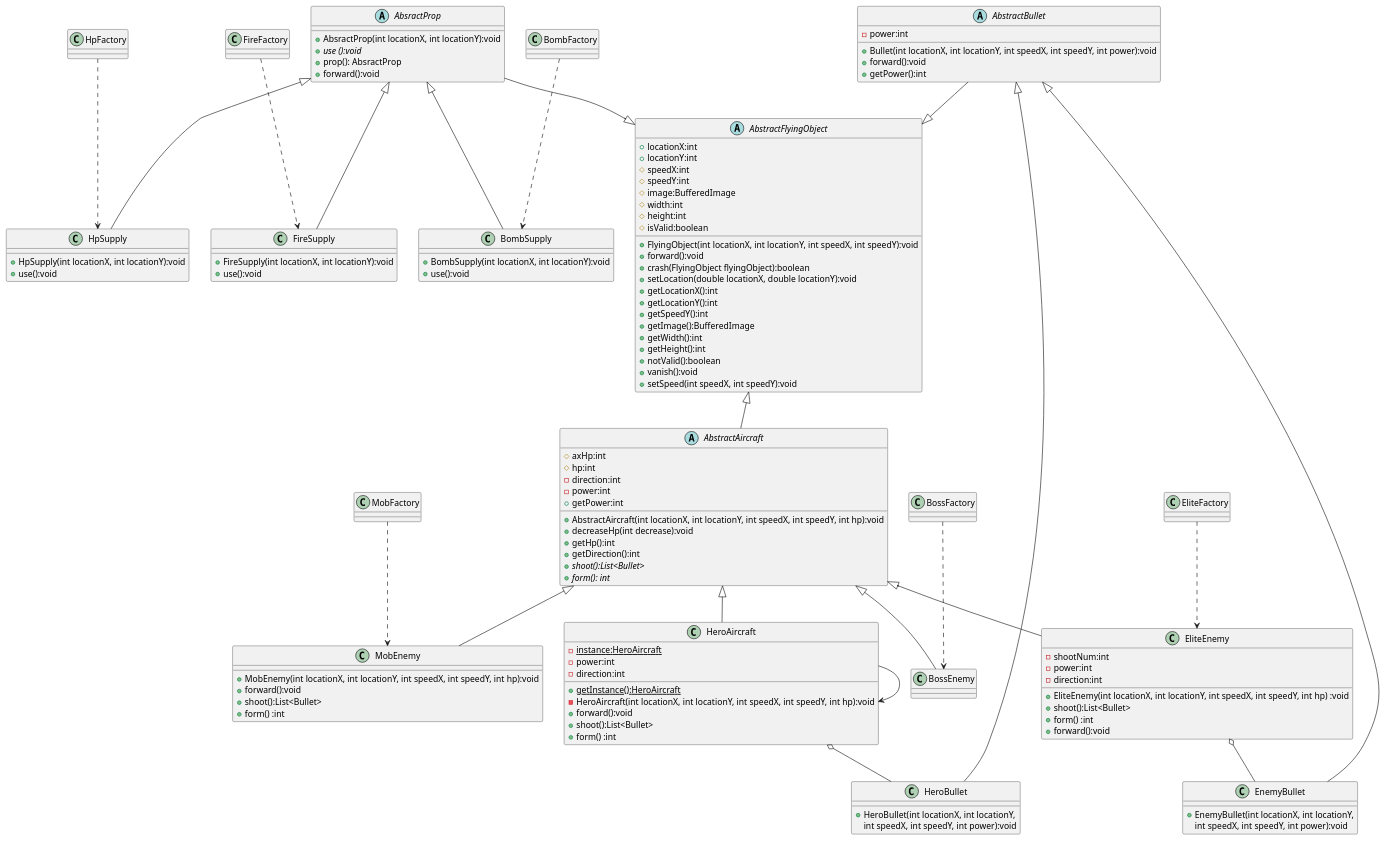
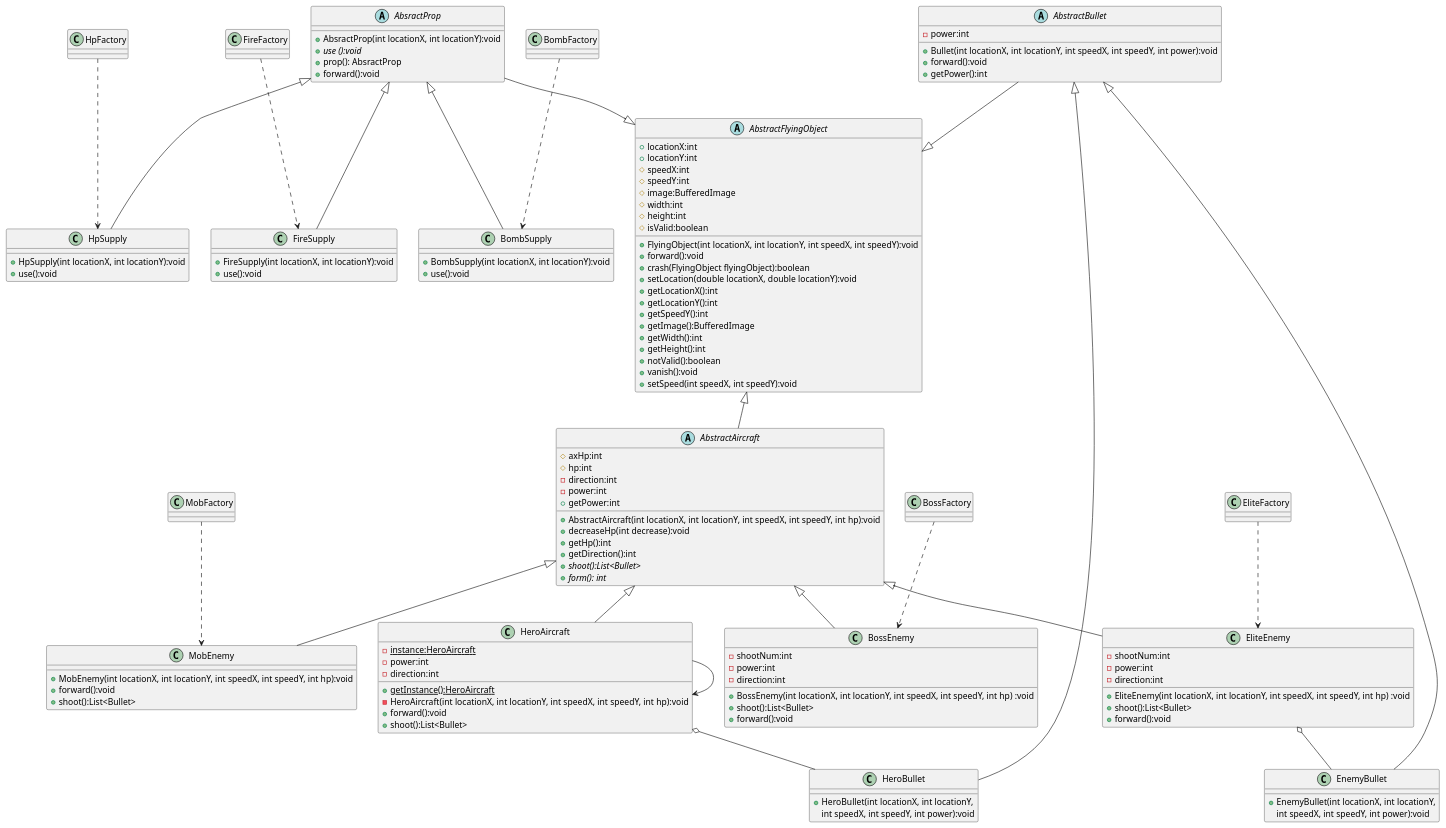
One commit to TheRoad-1210/AircraftWar changed the diagram in uml/Inheritence.puml. Above: the diagram before and after it, drawn with PlantUML. The commit also changed 10 other files, not shown here.

```diff
--- a/uml/Inheritence.puml
+++ b/uml/Inheritence.puml
@@ -1,142 +1,146 @@
 @startuml
 'https://plantuml.com/class-diagram
 
 abstract class AbstractFlyingObject
 {
     + locationX:int
     + locationY:int
     # speedX:int
     # speedY:int
     # image:BufferedImage
     # width:int
     # height:int
     # isValid:boolean
 
     + FlyingObject(int locationX, int locationY, int speedX, int speedY):void
     + forward():void
     + crash(FlyingObject flyingObject):boolean
     + setLocation(double locationX, double locationY):void
     + getLocationX():int
     + getLocationY():int
     + getSpeedY():int
     + getImage():BufferedImage
     + getWidth():int
     + getHeight():int
     + notValid():boolean
     + vanish():void
     + setSpeed(int speedX, int speedY):void
 }
 abstract class AbstractAircraft
 {
 	# axHp:int
     # hp:int
     + AbstractAircraft(int locationX, int locationY, int speedX, int speedY, int hp):void
     + decreaseHp(int decrease):void
     + getHp():int
     - direction:int
     + getDirection():int
     - power:int
     + getPower:int
     + {abstract} shoot():List<Bullet>
     + {abstract} form(): int
  }
 
 abstract class AbstractBullet
 {
     - power:int
     + Bullet(int locationX, int locationY, int speedX, int speedY, int power):void
     + forward():void
 	+ getPower():int
 }
 
 AbstractFlyingObject <|-- AbstractAircraft
 AbstractFlyingObject <|-up- AbstractBullet
 AbstractFlyingObject <|-up- AbsractProp
 
 AbstractAircraft <|-- HeroAircraft
 AbstractAircraft <|-- MobEnemy
 AbstractAircraft <|-- EliteEnemy
 AbstractAircraft <|-- BossEnemy
 HeroAircraft --> HeroAircraft
 
 AbstractBullet <|-- HeroBullet
 AbstractBullet <|-- EnemyBullet
 
 AbsractProp <|-- HpSupply
 AbsractProp <|-- FireSupply
 AbsractProp <|-- BombSupply
 
 HeroAircraft o-- HeroBullet
 EliteEnemy o-- EnemyBullet
 
 EliteFactory..> EliteEnemy
 BossFactory..> BossEnemy
 MobFactory..> MobEnemy
 HpFactory ..> HpSupply
 BombFactory ..> BombSupply
 FireFactory ..> FireSupply
 class HeroAircraft {
 
     -{static}instance:HeroAircraft
     +{static}getInstance():HeroAircraft
     - power:int
     - direction:int
     - HeroAircraft(int locationX, int locationY, int speedX, int speedY, int hp):void
     + forward():void
     + shoot():List<Bullet>
-    + form() :int
 }
 
 class MobEnemy {
     + MobEnemy(int locationX, int locationY, int speedX, int speedY, int hp):void
     + forward():void
     + shoot():List<Bullet>
-    + form() :int
 }
 
 class EliteEnemy {
     - shootNum:int
     - power:int
     - direction:int
     + EliteEnemy(int locationX, int locationY, int speedX, int speedY, int hp) :void
     + shoot():List<Bullet>
-    + form() :int
     + forward():void
 }
 
-class BossEnemy
+class BossEnemy {
+    - shootNum:int
+    - power:int
+    - direction:int
+    + BossEnemy(int locationX, int locationY, int speedX, int speedY, int hp) :void
+    + shoot():List<Bullet>
+    + forward():void
+}
 
 class HeroBullet {
     + HeroBullet(int locationX, int locationY,
      int speedX, int speedY, int power):void
 }
 
 class EnemyBullet {
     + EnemyBullet(int locationX, int locationY,
      int speedX, int speedY, int power):void
 }
 
 abstract class AbsractProp {
     +AbsractProp(int locationX, int locationY):void
     +{abstract} use ():void
     + prop(): AbsractProp
     +forward():void
 
 }
 
 class HpSupply{
     +HpSupply(int locationX, int locationY):void
     +use():void
 }
 
 class FireSupply{
     +FireSupply(int locationX, int locationY):void
     +use():void
 }
 
 class BombSupply{
     +BombSupply(int locationX, int locationY):void
     +use():void
 }
 
 @enduml
```
